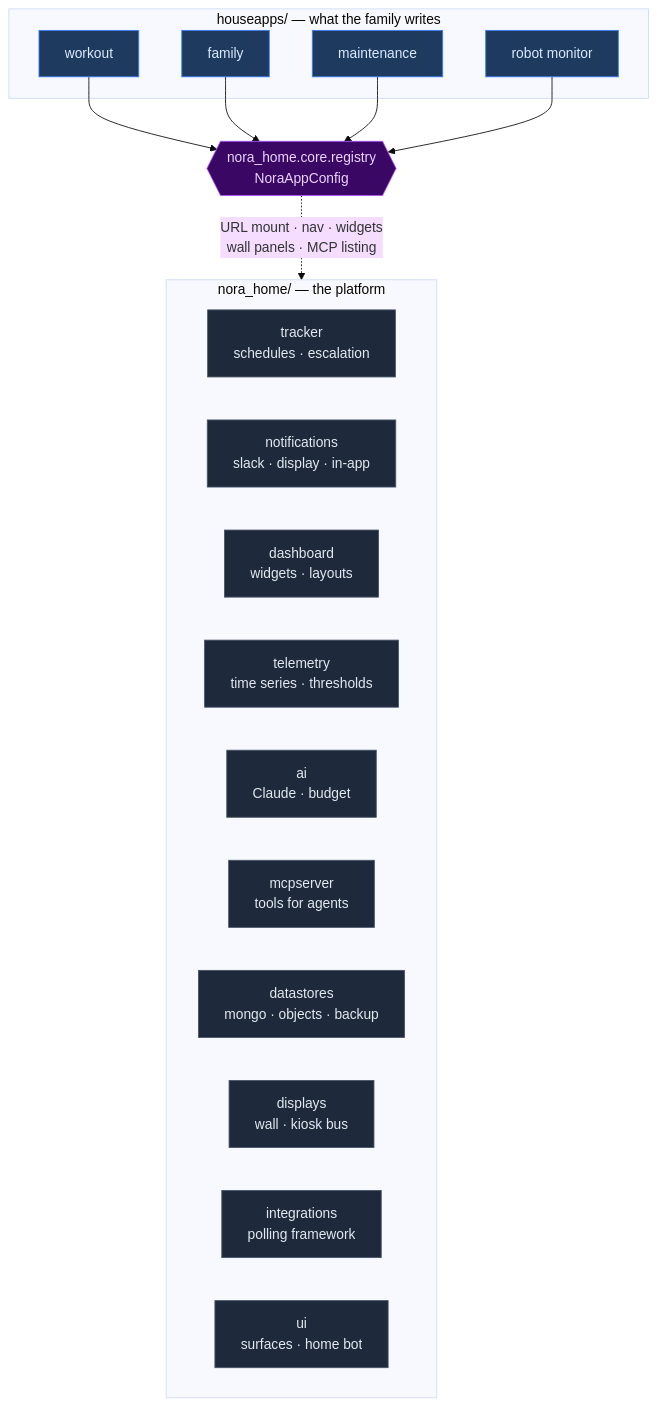
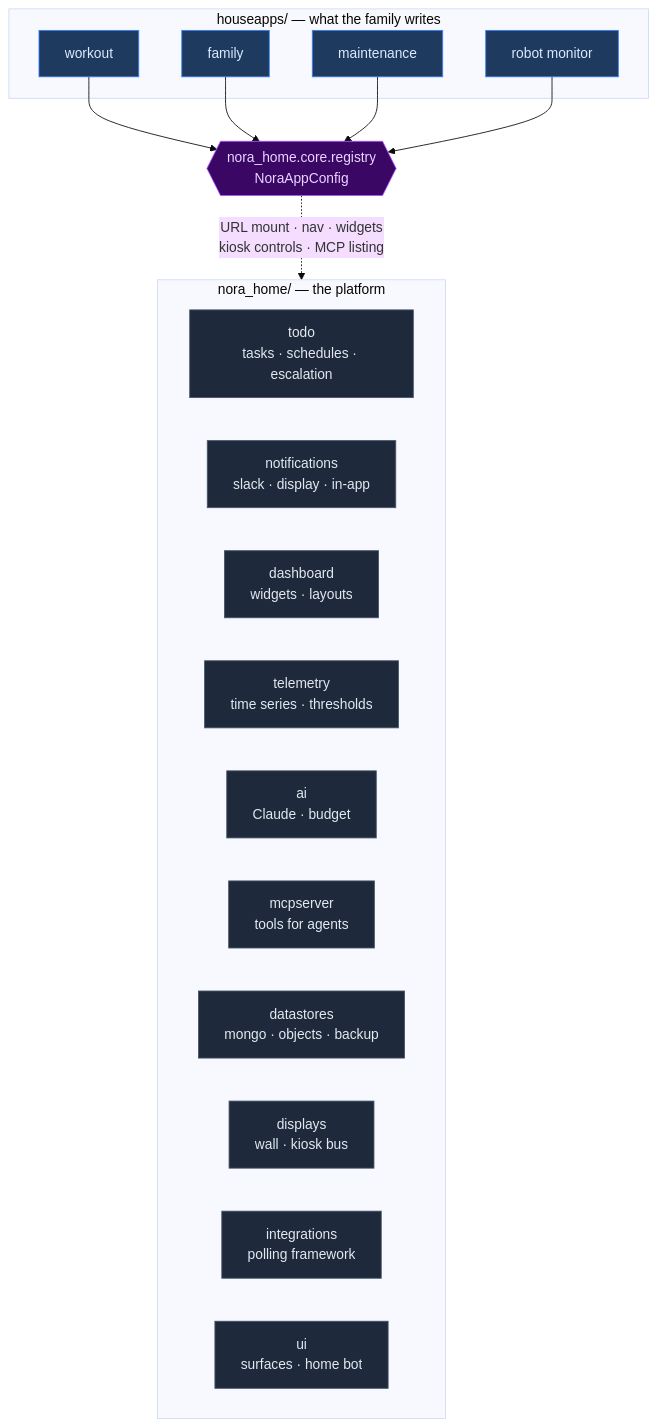
Before and after one commit to nitinrameshuf/Nora_Home: the first of 8 diagrams in docs/Main_App/architecture.md, drawn with Mermaid (base theme). The commit also changed other lines of this file and 11 other files, not shown here.

````diff
--- a/docs/Main_App/architecture.md
+++ b/docs/Main_App/architecture.md
@@ -18,37 +18,37 @@
 ```mermaid
 graph TB
     subgraph HouseApps["houseapps/ — what the family writes"]
         W[workout]
         F[family]
         M[maintenance]
         R[robot monitor]
     end
 
     REG{{"nora_home.core.registry<br/>NoraAppConfig"}}
 
     subgraph Platform["nora_home/ — the platform"]
-        TRK[tracker<br/>schedules · escalation]
+        TODO[todo<br/>tasks · schedules · escalation]
         NOT[notifications<br/>slack · display · in-app]
         DASH[dashboard<br/>widgets · layouts]
         TEL[telemetry<br/>time series · thresholds]
         AI[ai<br/>Claude · budget]
         MCP[mcpserver<br/>tools for agents]
         DS[datastores<br/>mongo · objects · backup]
         DISP[displays<br/>wall · kiosk bus]
         INT[integrations<br/>polling framework]
         UI[ui<br/>surfaces · home bot]
     end
 
     W --> REG
     F --> REG
     M --> REG
     R --> REG
-    REG -.->|"URL mount · nav · widgets<br/>wall panels · MCP listing"| Platform
+    REG -.->|"URL mount · nav · widgets<br/>kiosk controls · MCP listing"| Platform
 
     classDef app fill:#1e3a5f,stroke:#3b82f6,color:#dbeafe
     classDef plat fill:#1e293b,stroke:#475569,color:#e2e8f0
     classDef reg fill:#3b0764,stroke:#a855f7,color:#e9d5ff
     class W,F,M,R app
-    class TRK,NOT,DASH,TEL,AI,MCP,DS,DISP,INT,UI plat
+    class TODO,NOT,DASH,TEL,AI,MCP,DS,DISP,INT,UI plat
     class REG reg
 ```
````
